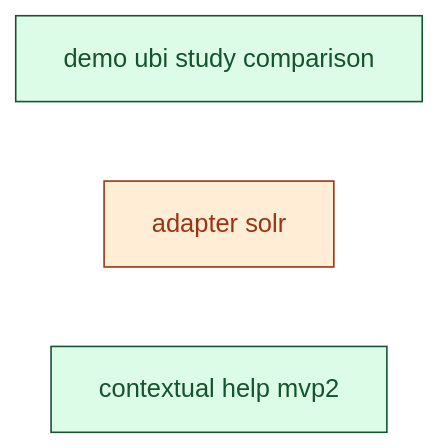
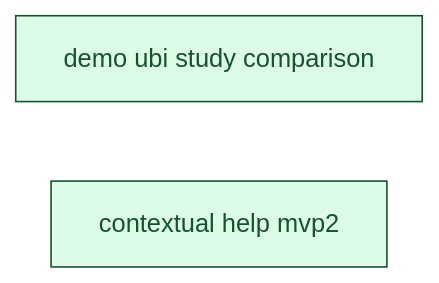
The diagram in docs/00_overview/MVP2_DASHBOARD.md (SoundMindsAI/relyloop), drawn with Mermaid before and after one commit. The commit also changed other lines of this file and 12 other files, not shown here.

First line of the commit message:
docs(solr): finalize infra_adapter_solr — move to implemented_features, fix dashboard PR ref

````diff
--- a/docs/00_overview/MVP2_DASHBOARD.md
+++ b/docs/00_overview/MVP2_DASHBOARD.md
@@ -82,14 +74,12 @@
 ```mermaid
 graph LR
   classDef done fill:#dcfce7,stroke:#14532d,color:#14532d;
   classDef implement fill:#ffedd5,stroke:#9a3412,color:#9a3412;
   classDef plan fill:#fef9c3,stroke:#854d0e,color:#854d0e;
   classDef spec fill:#dbeafe,stroke:#1e40af,color:#1e40af;
   classDef idea fill:#f1f5f9,stroke:#334155,color:#334155;
   feat_demo_ubi_study_comparison["demo ubi study comparison"]
   class feat_demo_ubi_study_comparison done;
-  infra_adapter_solr["adapter solr"]
-  class infra_adapter_solr implement;
   feat_contextual_help_mvp2["contextual help mvp2"]
   class feat_contextual_help_mvp2 done;
 ```
````
